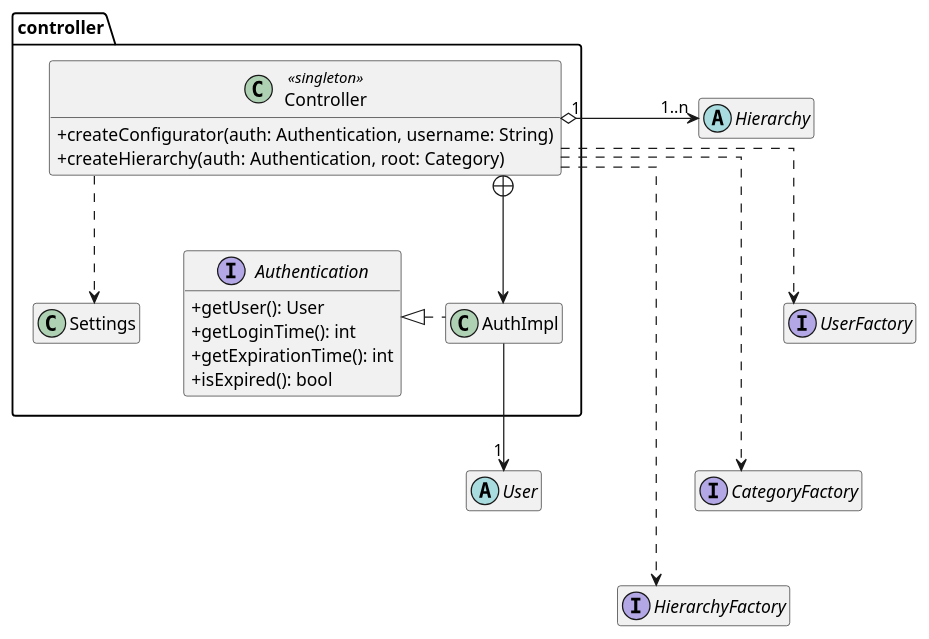
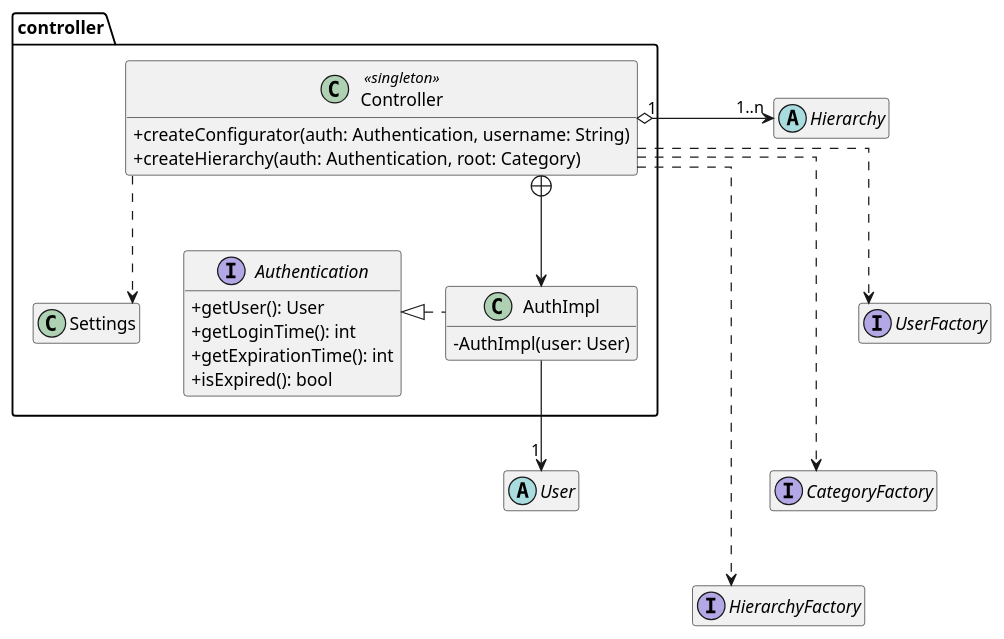
The diagram in DOC/VER1/diagrams/class/class_diagram_controller.puml (Matlice/ing_sw_2022), drawn with PlantUML before and after one commit. The commit also changed 11 other files, not shown here.

```diff
--- a/DOC/VER1/diagrams/class/class_diagram_controller.puml
+++ b/DOC/VER1/diagrams/class/class_diagram_controller.puml
@@ -1,50 +1,52 @@
 @startuml
 
 skinparam ClassAttributeIconSize 0
 'skinparam groupInheritance 2
 skinparam linetype ortho
 hide empty members
 
 package controller #FFFFFF {
 
     class Controller <<singleton>> {
         + createConfigurator(auth: Authentication, username: String)
         + createHierarchy(auth: Authentication, root: Category)
     }
 
-    class AuthImpl implements Authentication
+    class AuthImpl implements Authentication{
+        - AuthImpl(user: User)
+    }
 
     interface Authentication {
         + getUser(): User
         + getLoginTime(): int
         + getExpirationTime(): int
         + isExpired(): bool
     }
 
     class Settings {}
 }
 
 abstract class User
 abstract class Hierarchy
 
 interface UserFactory
 interface CategoryFactory
 interface HierarchyFactory
 
 AuthImpl --> "1" User
 Controller "1 " o--right--> "1..n" Hierarchy
 Controller +-down-> AuthImpl
 
 Controller ..> Settings
 
 Controller .down.> UserFactory
 Controller .down.> CategoryFactory
 Controller .down.> HierarchyFactory
 
 AuthImpl -left[hidden]- Authentication
 Hierarchy -[hidden]- UserFactory
 UserFactory -[hidden]- CategoryFactory
 CategoryFactory -[hidden]- HierarchyFactory
 
 
 @enduml
```
